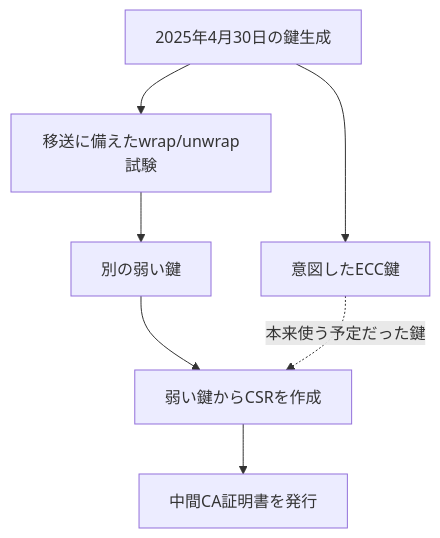
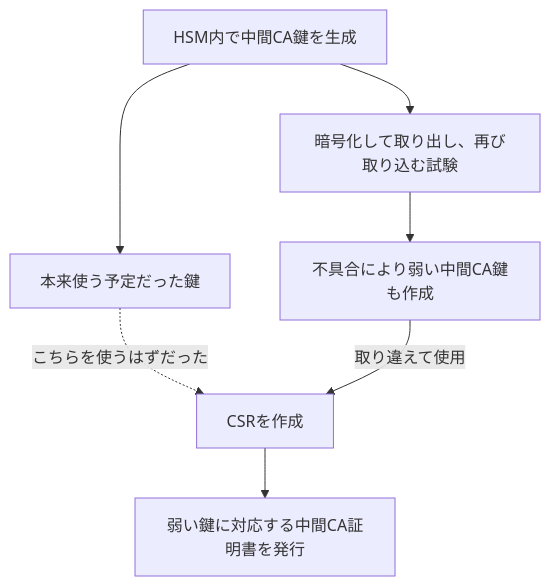
Before and after one commit to aurora1530/learning-materials: the first of 9 diagrams in docs/security/20261113-tls-pki-emudhra.md, drawn with Mermaid. The commit also changed other lines of this file, not shown here.

````diff
--- a/docs/security/20261113-tls-pki-emudhra.md
+++ b/docs/security/20261113-tls-pki-emudhra.md
@@ -25,9 +27,9 @@
 ```mermaid
 flowchart TD
-    A["2025年4月30日の鍵生成"] --> B["意図したECC鍵"]
-    A --> C["移送に備えたwrap/unwrap試験"]
-    C --> D["別の弱い鍵"]
-    D --> E["弱い鍵からCSRを作成"]
-    E --> F["中間CA証明書を発行"]
-    B -. "本来使う予定だった鍵" .-> E
+    A["HSM内で中間CA鍵を生成"] --> B["本来使う予定だった鍵"]
+    A --> C["暗号化して取り出し、再び取り込む試験"]
+    C --> D["不具合により弱い中間CA鍵も作成"]
+    B -. "こちらを使うはずだった" .-> E["CSRを作成"]
+    D -->|取り違えて使用| E
+    E --> F["弱い鍵に対応する中間CA証明書を発行"]
 ```
````
